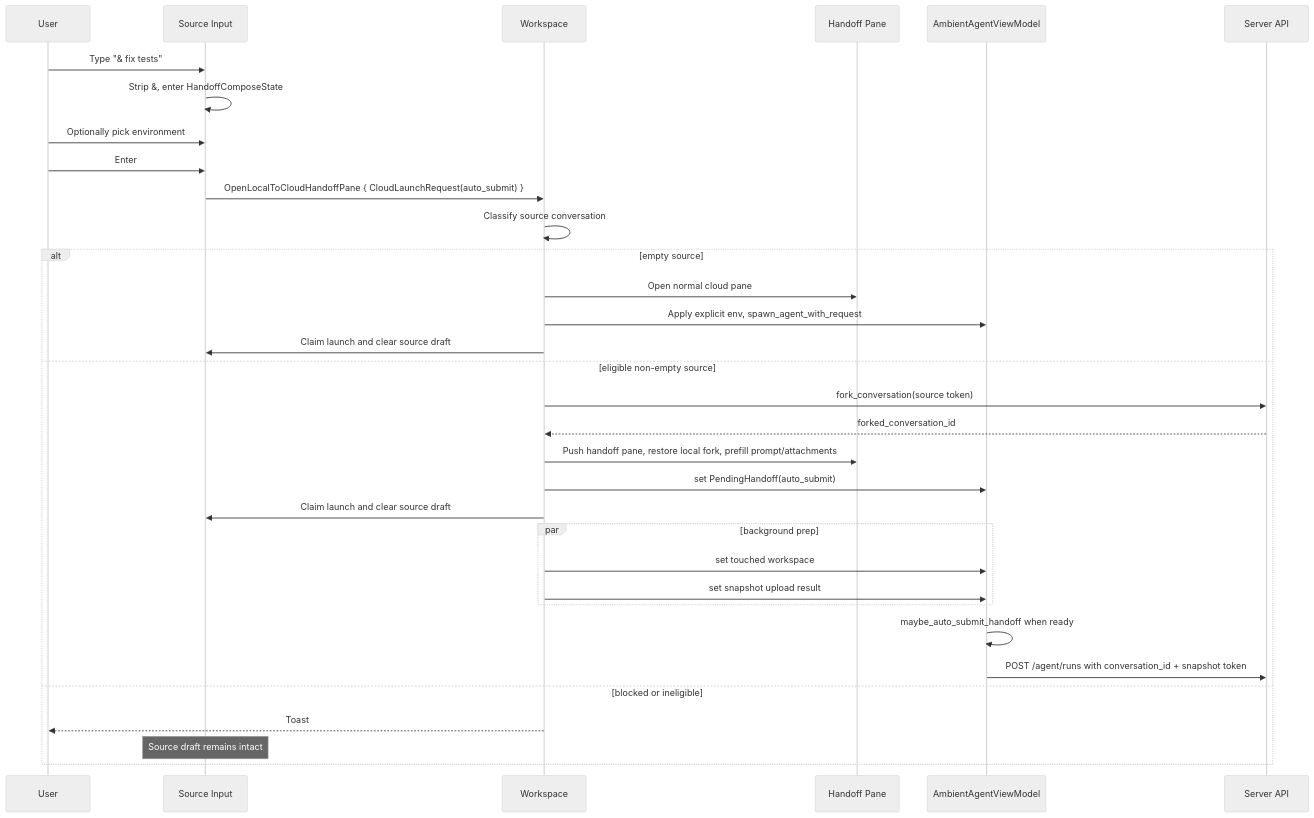
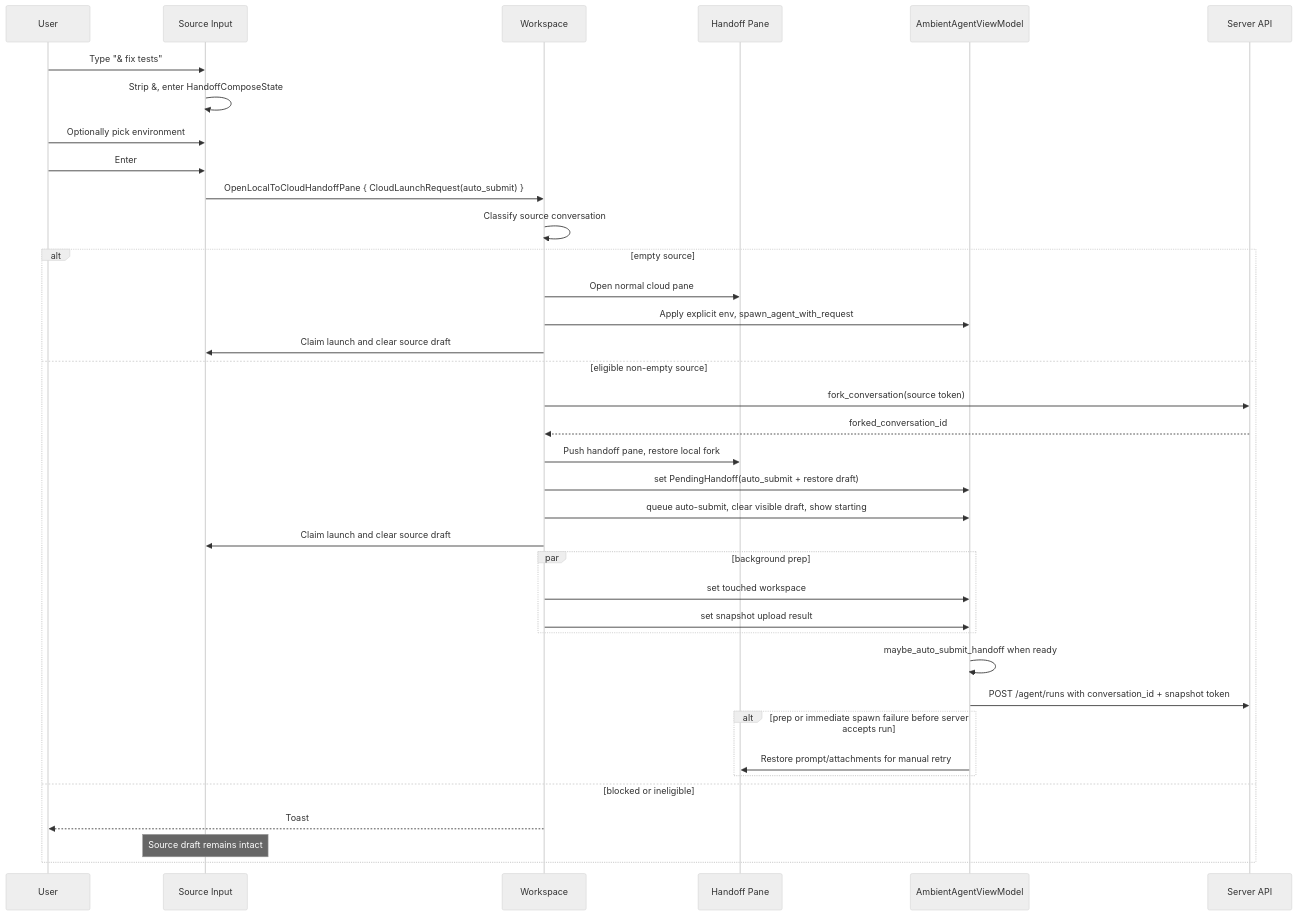
One commit to davidrudduck/warp changed the diagram in specs/REMOTE-1558/TECH.md. Above: the diagram before and after it, drawn with Mermaid (neutral theme). The commit also changed other lines of this file and 21 other files, not shown here.

````diff
--- a/specs/REMOTE-1558/TECH.md
+++ b/specs/REMOTE-1558/TECH.md
@@ -102,35 +115,39 @@
 ```mermaid
 sequenceDiagram
     participant U as User
     participant I as Source Input
     participant W as Workspace
     participant HP as Handoff Pane
     participant M as AmbientAgentViewModel
     participant API as Server API
     U->>I: Type "& fix tests"
     I->>I: Strip &, enter HandoffComposeState
     U->>I: Optionally pick environment
     U->>I: Enter
     I->>W: OpenLocalToCloudHandoffPane { CloudLaunchRequest(auto_submit) }
     W->>W: Classify source conversation
     alt empty source
         W->>HP: Open normal cloud pane
         W->>M: Apply explicit env, spawn_agent_with_request
         W->>I: Claim launch and clear source draft
     else eligible non-empty source
         W->>API: fork_conversation(source token)
         API-->>W: forked_conversation_id
-        W->>HP: Push handoff pane, restore local fork, prefill prompt/attachments
-        W->>M: set PendingHandoff(auto_submit)
+        W->>HP: Push handoff pane, restore local fork
+        W->>M: set PendingHandoff(auto_submit + restore draft)
+        W->>M: queue auto-submit, clear visible draft, show starting
         W->>I: Claim launch and clear source draft
         par background prep
             W->>M: set touched workspace
             W->>M: set snapshot upload result
         end
         M->>M: maybe_auto_submit_handoff when ready
         M->>API: POST /agent/runs with conversation_id + snapshot token
+        alt prep or immediate spawn failure before server accepts run
+            M->>HP: Restore prompt/attachments for manual retry
+        end
     else blocked or ineligible
         W-->>U: Toast
         Note over I: Source draft remains intact
     end
 ```
````
